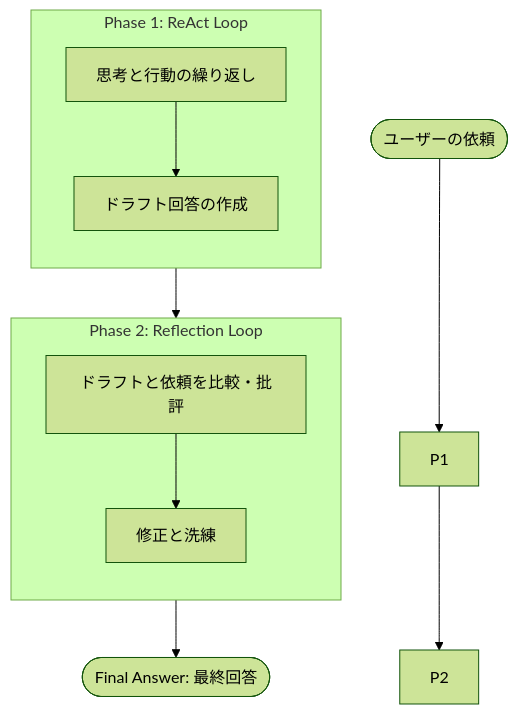
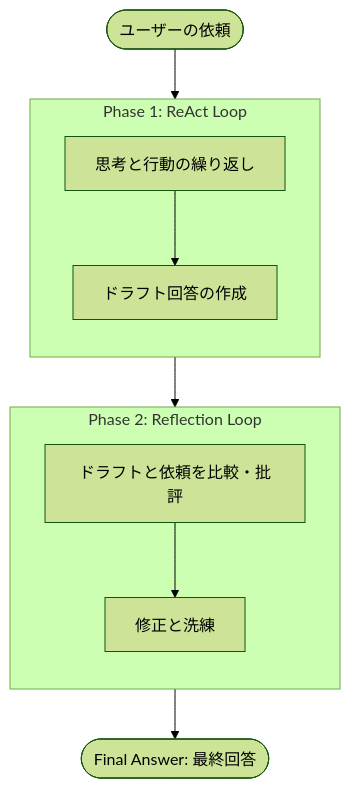
One commit to nakashima2toshio/gemini_agent_rag changed the sixth of 10 diagrams in README.md. Above: the diagram before and after it, drawn with Mermaid (forest theme). The commit also changed other lines of this file and 6 other files, not shown here.

````diff
--- a/README.md
+++ b/README.md
@@ -569,18 +581,16 @@
 ```mermaid
 flowchart TD
-    User([ユーザーの依頼]) --> P1
+    User([ユーザーの依頼]) --> Reasoning
     subgraph Phase1 [Phase 1: ReAct Loop]
         direction TB
         Reasoning[思考と行動の繰り返し] --> Draft[ドラフト回答の作成]
     end
 
-    P1 --> P2
-
     subgraph Phase2 [Phase 2: Reflection Loop]
         direction TB
-        Draft --> Critique[ドラフトと依頼を比較・批評]
-        Critique --> Revise[修正と洗練]
+        Critique[ドラフトと依頼を比較・批評] --> Revise[修正と洗練]
     end
 
+    Draft --> Critique
     Revise --> Final([Final Answer: 最終回答])
 ```
````
